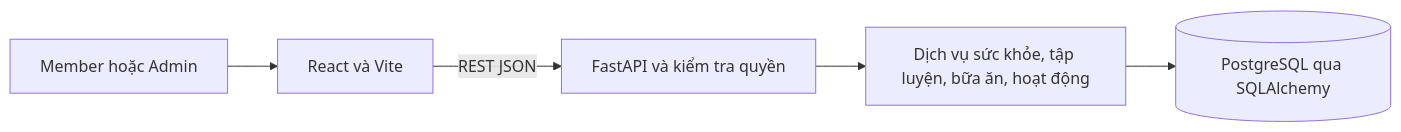
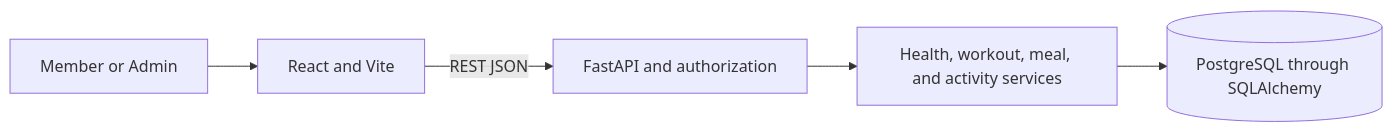
The diagram in docs/PROJECT_SPEC.md (DozenBro/group13-smart-nutrition-fitness), drawn with Mermaid before and after one commit. The commit also changed other lines of this file and 4 other files, not shown here.

````diff
--- a/docs/PROJECT_SPEC.md
+++ b/docs/PROJECT_SPEC.md
@@ -60,7 +59,7 @@
 ```mermaid
 flowchart LR
-    U[Member hoặc Admin] --> UI[React và Vite]
-    UI -->|REST JSON| API[FastAPI và kiểm tra quyền]
-    API --> S[Dịch vụ sức khỏe, tập luyện, bữa ăn, hoạt động]
-    S --> DB[(PostgreSQL qua SQLAlchemy)]
+    U[Member or Admin] --> UI[React and Vite]
+    UI -->|REST JSON| API[FastAPI and authorization]
+    API --> S[Health, workout, meal, and activity services]
+    S --> DB[(PostgreSQL through SQLAlchemy)]
 ```
````
